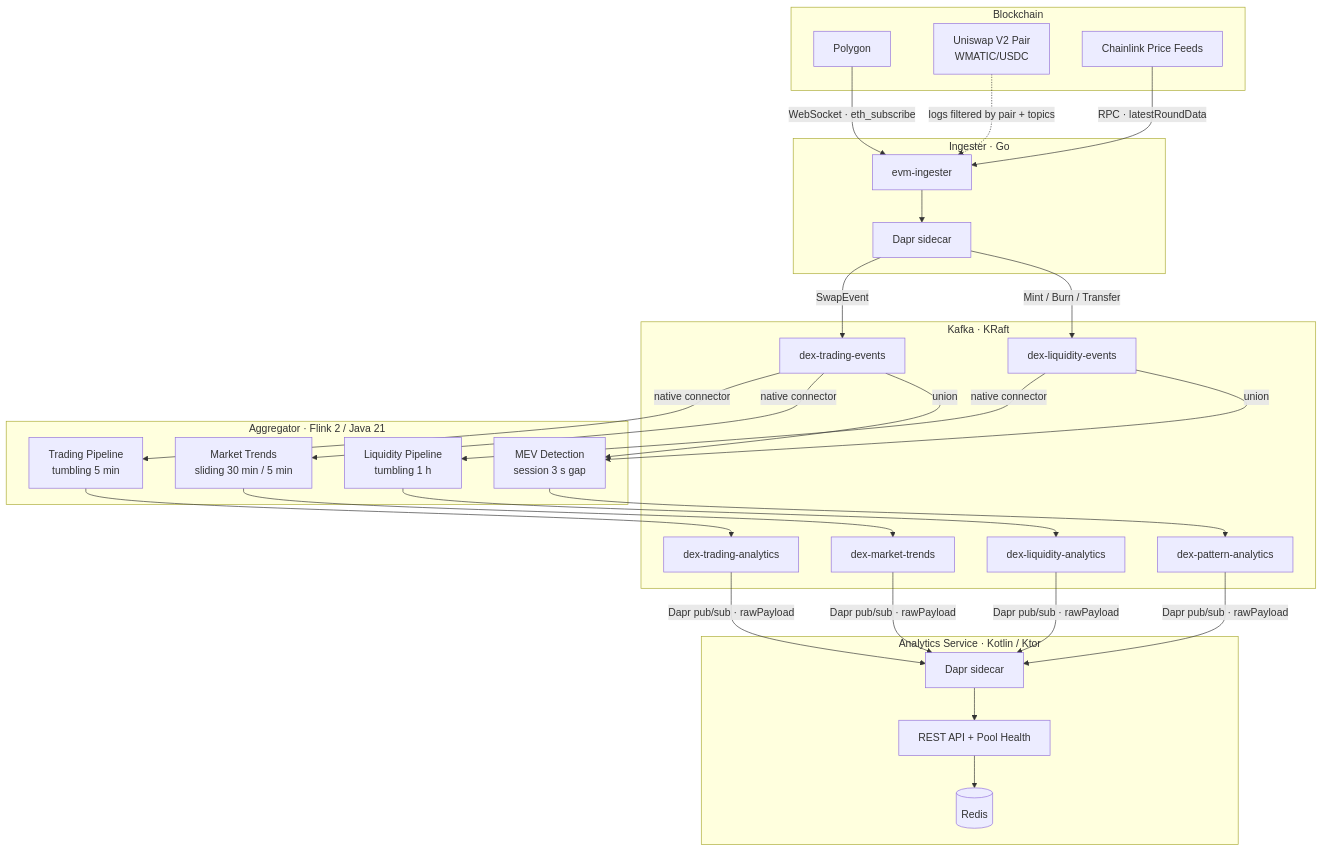
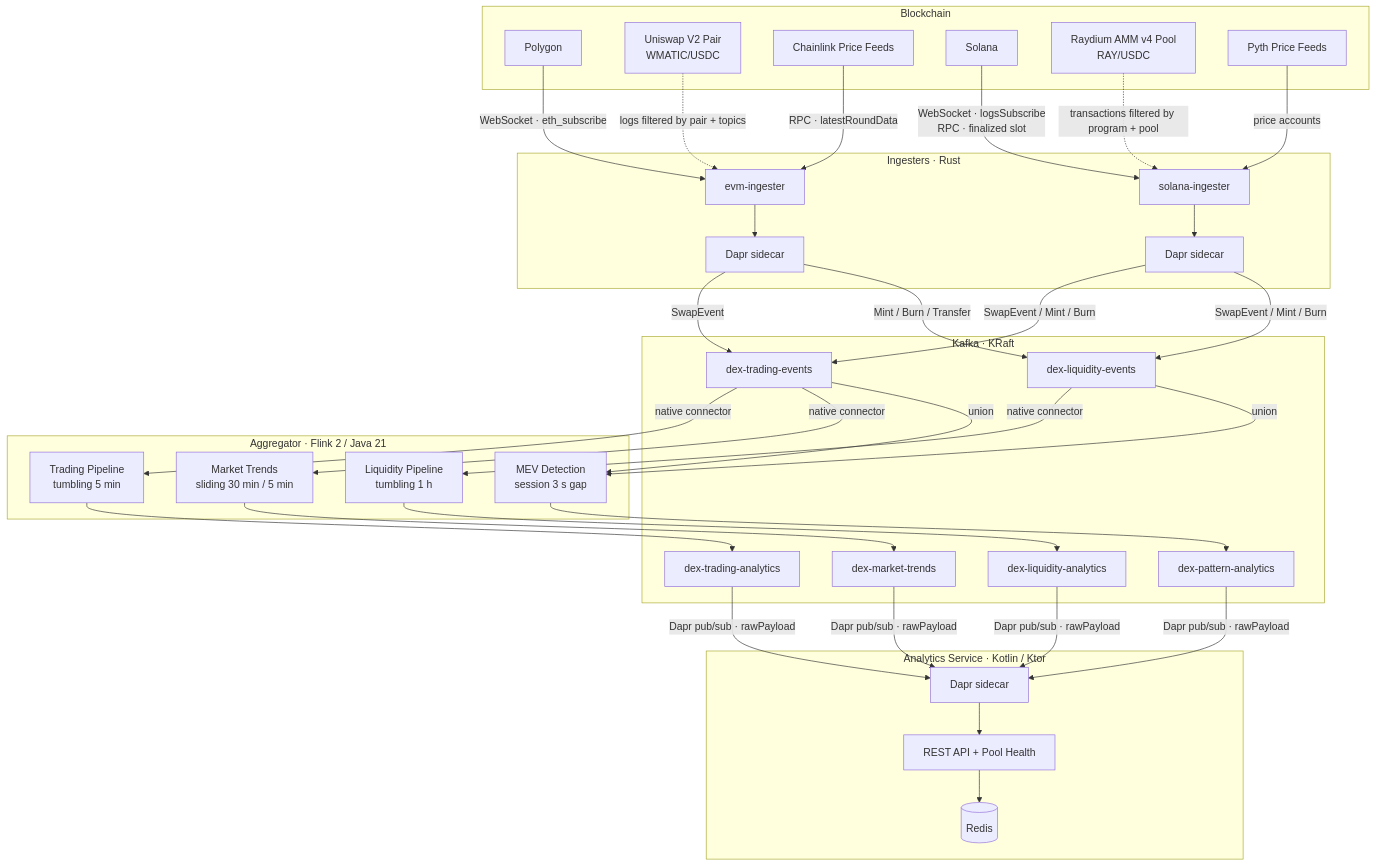
The first of 2 diagrams in ARCHITECTURE.md (peterzzshi/dex-stream-analytics), drawn with Mermaid before and after one commit. The commit also changed other lines of this file and 10 other files, not shown here.

````diff
--- a/ARCHITECTURE.md
+++ b/ARCHITECTURE.md
@@ -7,58 +7,69 @@
 ```mermaid
 graph TD
     subgraph Blockchain
         POLY[Polygon]
         PAIR[Uniswap V2 Pair<br/>WMATIC/USDC]
         CHAIN[Chainlink Price Feeds]
+        SOL[Solana]
+        RAY[Raydium AMM v4 Pool<br/>RAY/USDC]
+        PYTH[Pyth Price Feeds]
     end
 
-    subgraph "Ingester · Go"
+    subgraph "Ingesters · Rust"
         ING[evm-ingester]
+        SING[solana-ingester]
         DAPR_I[Dapr sidecar]
+        DAPR_S[Dapr sidecar]
     end
 
     subgraph "Kafka · KRaft"
         KT[dex-trading-events]
         KL[dex-liquidity-events]
         OT[dex-trading-analytics]
         OL[dex-liquidity-analytics]
         OP[dex-pattern-analytics]
         OM[dex-market-trends]
     end
 
     subgraph "Aggregator · Flink 2 / Java 21"
         F1[Trading Pipeline<br/>tumbling 5 min]
         F2[Liquidity Pipeline<br/>tumbling 1 h]
         F3[MEV Detection<br/>session 3 s gap]
         F4[Market Trends<br/>sliding 30 min / 5 min]
     end
 
     subgraph "Analytics Service · Kotlin / Ktor"
         API[REST API + Pool Health]
         API_DAPR[Dapr sidecar]
         REDIS[(Redis)]
     end
 
     POLY -- "WebSocket · eth_subscribe" --> ING
     PAIR -. "logs filtered by pair + topics" .-> ING
     CHAIN -- "RPC · latestRoundData" --> ING
 
+    SOL -- "WebSocket · logsSubscribe<br/>RPC · finalized slot" --> SING
+    RAY -. "transactions filtered by program + pool" .-> SING
+    PYTH -- "price accounts" --> SING
+
     ING --> DAPR_I
+    SING --> DAPR_S
 
     DAPR_I -- SwapEvent --> KT
     DAPR_I -- "Mint / Burn / Transfer" --> KL
+    DAPR_S -- "SwapEvent / Mint / Burn" --> KT & KL
 
     KT -- native connector --> F1
     KT -- native connector --> F4
     KL -- native connector --> F2
     KT & KL -- union --> F3
 
     F1 --> OT
     F2 --> OL
     F3 --> OP
     F4 --> OM
 
     OT & OL & OP & OM -- "Dapr pub/sub · rawPayload" --> API_DAPR
     API_DAPR --> API
     API --> REDIS
 ```
````
